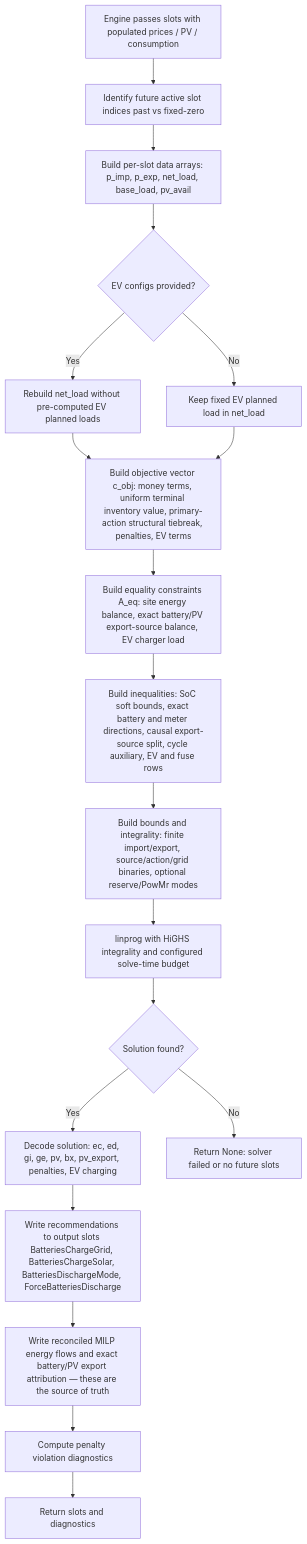
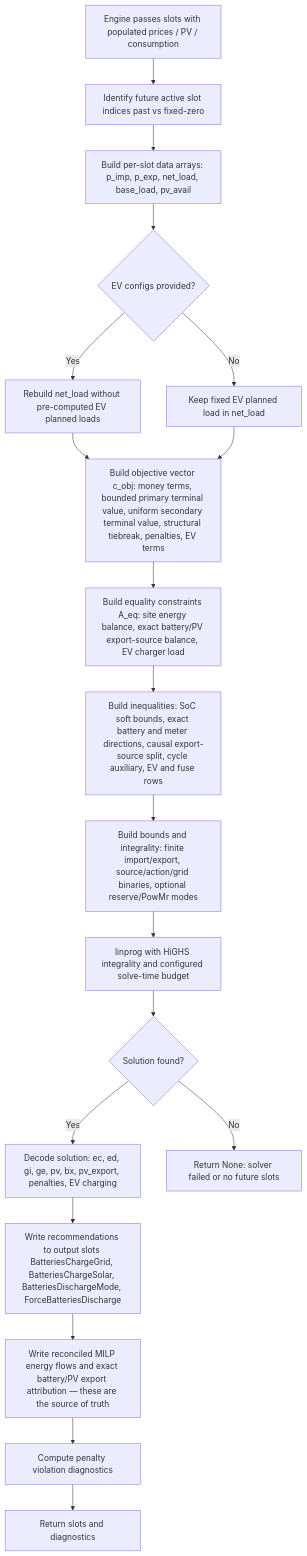
One commit to Ambilights/hsem-ambilights changed the first of 2 diagrams in docs/milp-optimization.md. Above: the diagram before and after it, drawn with Mermaid. The commit also changed other lines of this file and 33 other files, not shown here.

Commit message:
fix(planner): bound terminal inventory at price boundary (#13)

````diff
--- a/docs/milp-optimization.md
+++ b/docs/milp-optimization.md
@@ -9,28 +9,28 @@
 ```mermaid
 flowchart TD
     A[Engine passes slots with populated prices / PV / consumption]
     B[Identify future active slot indices past vs fixed-zero]
     C[Build per-slot data arrays: p_imp, p_exp, net_load, base_load, pv_avail]
     D{EV configs provided?}
     E[Rebuild net_load without pre-computed EV planned loads]
     F[Keep fixed EV planned load in net_load]
-    G[Build objective vector c_obj: money terms, uniform terminal inventory value, primary-action structural tiebreak, penalties, EV terms]
+    G[Build objective vector c_obj: money terms, bounded primary terminal value, uniform secondary terminal value, structural tiebreak, penalties, EV terms]
     H[Build equality constraints A_eq: site energy balance, exact battery/PV export-source balance, EV charger load]
     I[Build inequalities: SoC soft bounds, exact battery and meter directions, causal export-source split, cycle auxiliary, EV and fuse rows]
     J[Build bounds and integrality: finite import/export, source/action/grid binaries, optional reserve/PowMr modes]
     K[linprog with HiGHS integrality and configured solve-time budget]
     L{Solution found?}
     M[Decode solution: ec, ed, gi, ge, pv, bx, pv_export, penalties, EV charging]
     N[Write recommendations to output slots BatteriesChargeGrid, BatteriesChargeSolar, BatteriesDischargeMode, ForceBatteriesDischarge]
     N2[Write reconciled MILP energy flows and exact battery/PV export attribution — these are the source of truth]
     O[Compute penalty violation diagnostics]
     P[Return slots and diagnostics]
     Q[Return None: solver failed or no future slots]
 
     A --> B --> C --> D
     D -->|Yes| E --> G
     D -->|No| F --> G
     G --> H --> I --> J --> K --> L
     L -->|Yes| M --> N --> N2 --> O --> P
     L -->|No| Q
 ```
````
